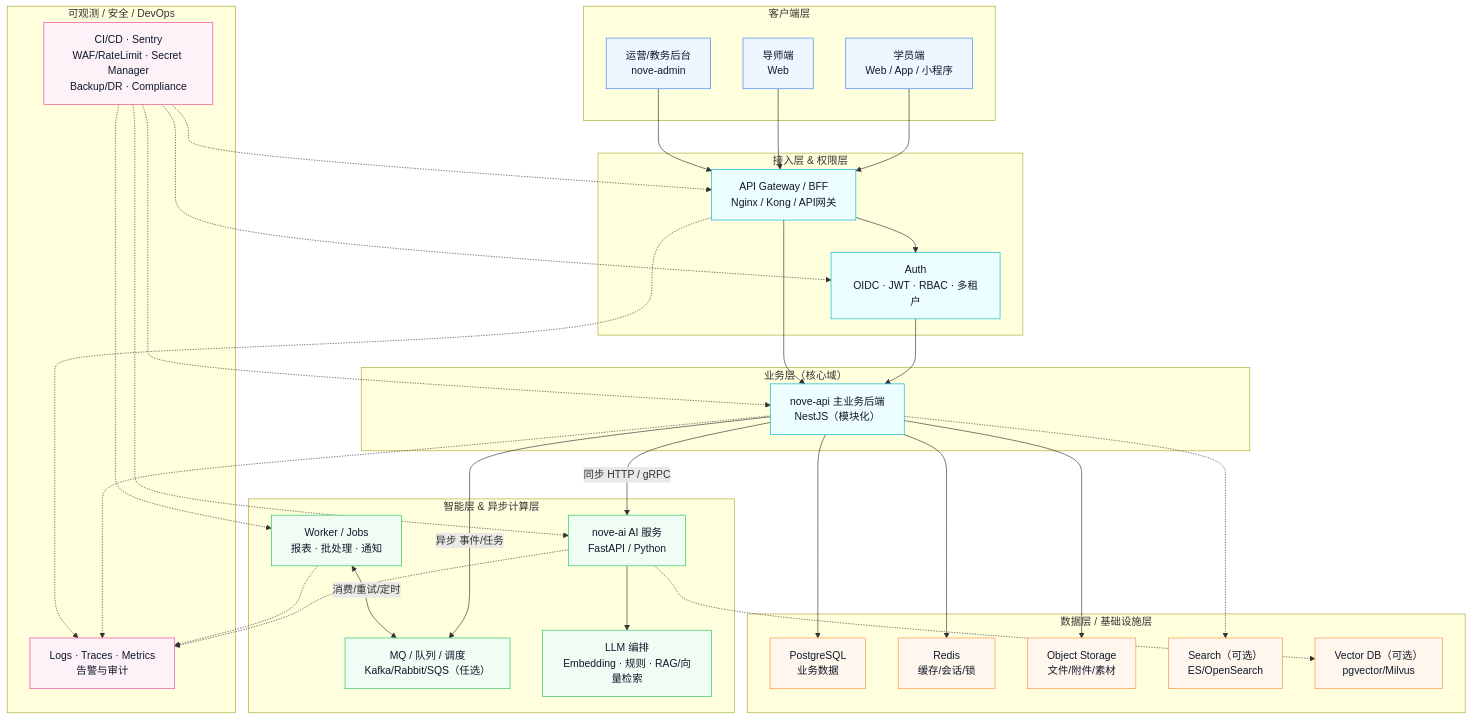
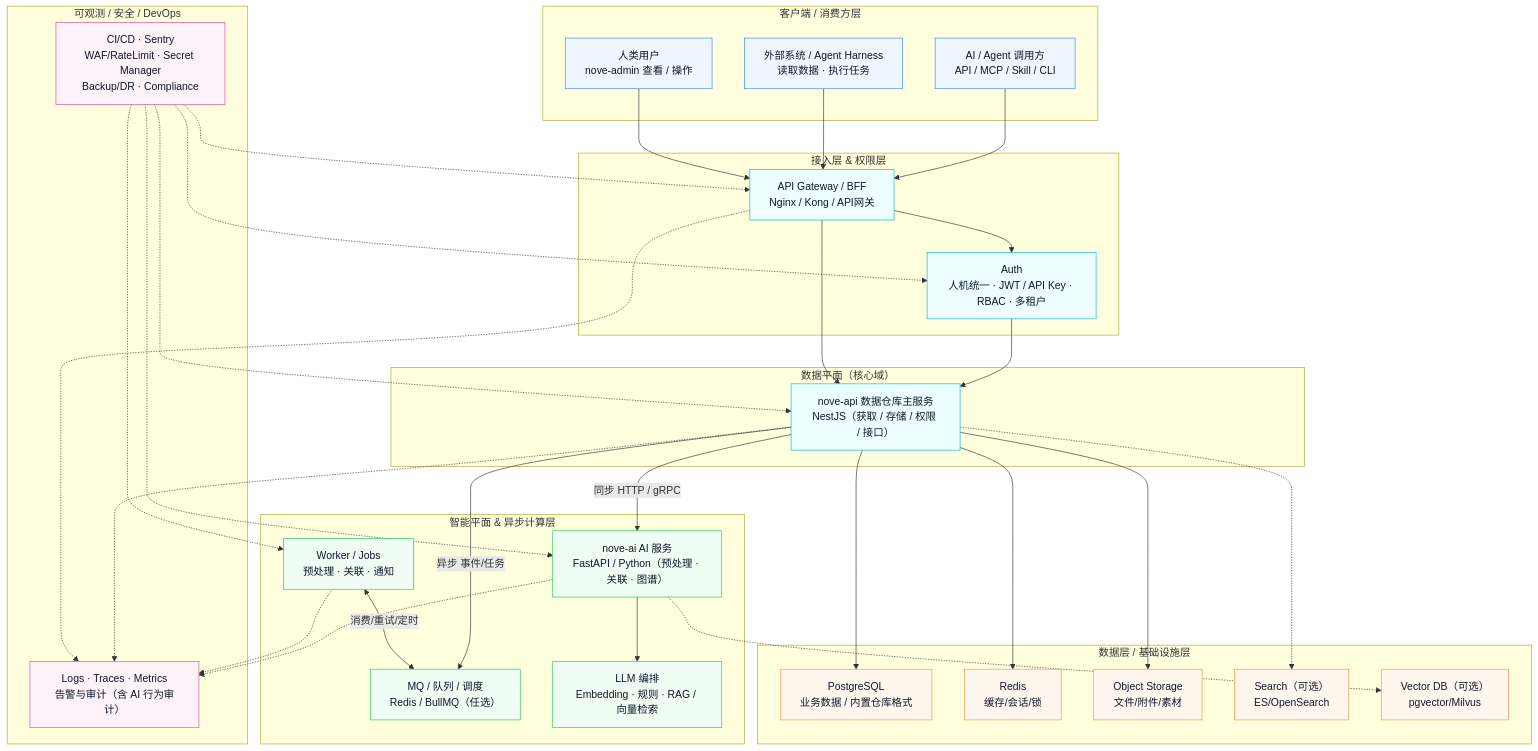
One commit to lulabs-org/nove-doc changed the second of 2 diagrams in architecture/system-overview.md. Above: the diagram before and after it, drawn with Mermaid. The commit also changed other lines of this file and 14 other files, not shown here.

````diff
--- a/architecture/system-overview.md
+++ b/architecture/system-overview.md
@@ -150,82 +125,82 @@
 ```mermaid
 flowchart TB
   %% ========= 样式 =========
   classDef client fill:#eef6ff,stroke:#3b82f6,stroke-width:1px,color:#0f172a;
   classDef core fill:#ecfeff,stroke:#06b6d4,stroke-width:1px,color:#0f172a;
   classDef svc fill:#f0fdf4,stroke:#22c55e,stroke-width:1px,color:#0f172a;
   classDef data fill:#fff7ed,stroke:#fb923c,stroke-width:1px,color:#0f172a;
   classDef ops fill:#fdf2f8,stroke:#ec4899,stroke-width:1px,color:#0f172a;
 
-  %% ========= 客户端 =========
-  subgraph L1["客户端层"]
-    U1["学员端<br/>Web / App / 小程序"]:::client
-    U2["导师端<br/>Web"]:::client
-    U3["运营/教务后台<br/>nove-admin"]:::client
+  %% ========= 客户端 / 消费方 =========
+  subgraph L1["客户端 / 消费方层"]
+    U1["AI / Agent 调用方<br/>API / MCP / Skill / CLI"]:::client
+    U2["外部系统 / Agent Harness<br/>读取数据 · 执行任务"]:::client
+    U3["人类用户<br/>nove-admin 查看 / 操作"]:::client
   end
 
   %% ========= 接入与权限 =========
   subgraph L2["接入层 & 权限层"]
     GW["API Gateway / BFF<br/>Nginx / Kong / API网关"]:::core
-    AUTH["Auth<br/>OIDC · JWT · RBAC · 多租户"]:::core
+    AUTH["Auth<br/>人机统一 · JWT / API Key · RBAC · 多租户"]:::core
   end
 
-  %% ========= 业务与域服务 =========
-  subgraph L3["业务层（核心域）"]
-    API["nove-api 主业务后端<br/>NestJS（模块化）"]:::core
+  %% ========= 数据仓库主服务 =========
+  subgraph L3["数据平面（核心域）"]
+    API["nove-api 数据仓库主服务<br/>NestJS（获取 / 存储 / 权限 / 接口）"]:::core
   end
 
   %% ========= 智能与异步 =========
-  subgraph L4["智能层 & 异步计算层"]
-    AI["nove-ai AI 服务<br/>FastAPI / Python"]:::svc
-    WORKER["Worker / Jobs<br/>报表 · 批处理 · 通知"]:::svc
-    MQ["MQ / 队列 / 调度<br/>Kafka/Rabbit/SQS（任选）"]:::svc
-    LLM["LLM 编排<br/>Embedding · 规则 · RAG/向量检索"]:::svc
+  subgraph L4["智能平面 & 异步计算层"]
+    AI["nove-ai AI 服务<br/>FastAPI / Python（预处理 · 关联 · 图谱）"]:::svc
+    WORKER["Worker / Jobs<br/>预处理 · 关联 · 通知"]:::svc
+    MQ["MQ / 队列 / 调度<br/>Redis / BullMQ（任选）"]:::svc
+    LLM["LLM 编排<br/>Embedding · 规则 · RAG / 向量检索"]:::svc
   end
 
   %% ========= 数据与基础设施 =========
   subgraph L5["数据层 / 基础设施层"]
-    PG["PostgreSQL<br/>业务数据"]:::data
+    PG["PostgreSQL<br/>业务数据 / 内置仓库格式"]:::data
     REDIS["Redis<br/>缓存/会话/锁"]:::data
     OBJ["Object Storage<br/>文件/附件/素材"]:::data
     SEARCH["Search（可选）<br/>ES/OpenSearch"]:::data
     VECTOR["Vector DB（可选）<br/>pgvector/Milvus"]:::data
   end
 
   %% ========= 可观测与安全 =========
   subgraph L6["可观测 / 安全 / DevOps"]
-    OBS["Logs · Traces · Metrics<br/>告警与审计"]:::ops
+    OBS["Logs · Traces · Metrics<br/>告警与审计（含 AI 行为审计）"]:::ops
     DEVOPS["CI/CD · Sentry<br/>WAF/RateLimit · Secret Manager<br/>Backup/DR · Compliance"]:::ops
   end
 
   %% ========= 流向 =========
   U1 --> GW
   U2 --> GW
   U3 --> GW
 
   GW --> AUTH
   AUTH --> API
   GW --> API
 
   API -->|同步 HTTP / gRPC| AI
   API -->|异步 事件/任务| MQ
   WORKER <-->|消费/重试/定时| MQ
 
   AI --> LLM
 
   API --> PG
   API --> REDIS
   API --> OBJ
   API -.-> SEARCH
   AI -.-> VECTOR
 
   API -.-> OBS
   AI -.-> OBS
   WORKER -.-> OBS
   GW -.-> OBS
 
   DEVOPS -.-> GW
   DEVOPS -.-> AUTH
   DEVOPS -.-> API
   DEVOPS -.-> AI
   DEVOPS -.-> WORKER
-  ```
+```
````
